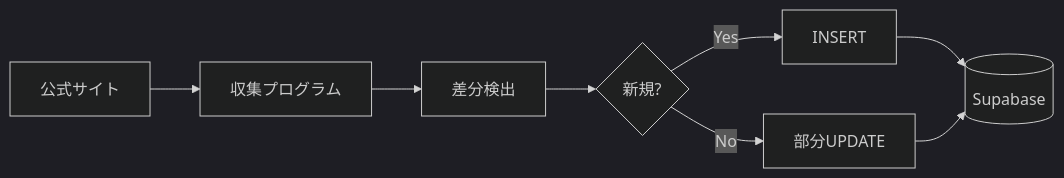
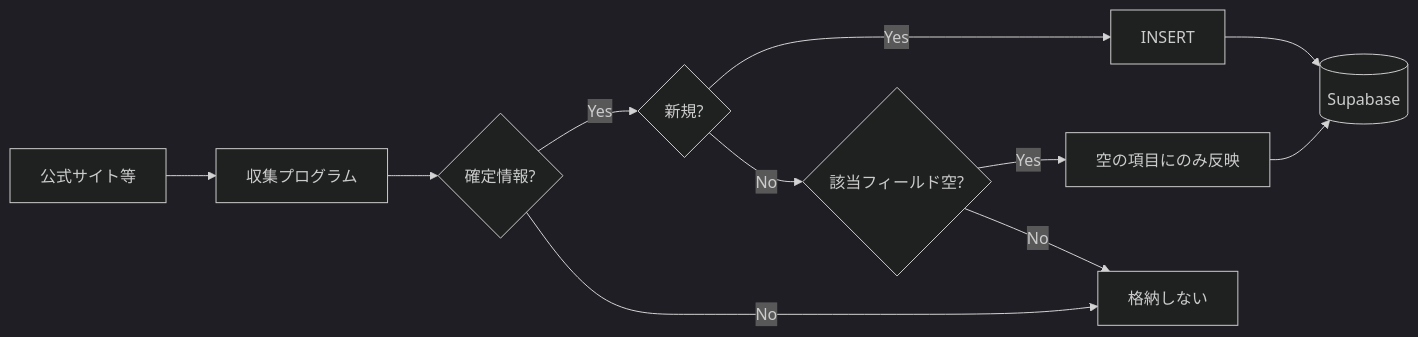
One commit to bokuno-studio/YabaiTravel changed the second of 2 diagrams in docs/SPEC_DATA_STRUCTURE.md. Above: the diagram before and after it, drawn with Mermaid (dark theme). The commit also changed other lines of this file and 2 other files, not shown here.

````diff
--- a/docs/SPEC_DATA_STRUCTURE.md
+++ b/docs/SPEC_DATA_STRUCTURE.md
@@ -185,10 +166,13 @@
 ```mermaid
 flowchart LR
-    A[公式サイト] --> B[収集プログラム]
-    B --> C[差分検出]
-    C --> D{新規?}
-    D -->|Yes| E[INSERT]
-    D -->|No| F[部分UPDATE]
-    E --> G[(Supabase)]
-    F --> G
+    A[公式サイト等] --> B[収集プログラム]
+    B --> C{確定情報?}
+    C -->|Yes| D{新規?}
+    C -->|No| E[格納しない]
+    D -->|Yes| F[INSERT]
+    D -->|No| G{該当フィールド空?}
+    G -->|Yes| H[空の項目にのみ反映]
+    G -->|No| E
+    F --> I[(Supabase)]
+    H --> I
 ```
````
